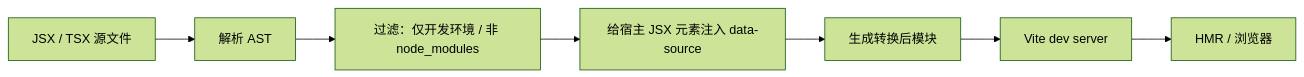
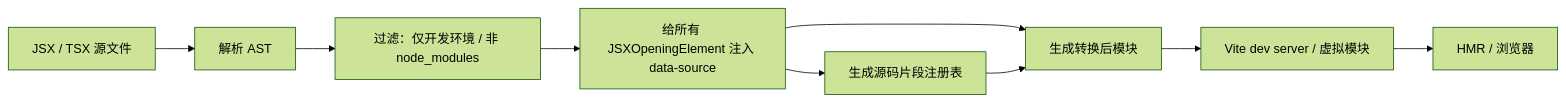
The fifth of 8 diagrams in docs/design/02.整体架构设计.md (Cai199999/vibe-app), drawn with Mermaid (forest theme) before and after one commit. The commit also changed other lines of this file, not shown here.

````diff
--- a/docs/design/02.整体架构设计.md
+++ b/docs/design/02.整体架构设计.md
@@ -323,9 +619,11 @@
 ```mermaid
 flowchart LR
     SRC["JSX / TSX 源文件"] --> PARSE["解析 AST"]
     PARSE --> FILTER["过滤：仅开发环境 / 非 node_modules"]
-    FILTER --> INJECT["给宿主 JSX 元素注入 data-source"]
+    FILTER --> INJECT["给所有 JSXOpeningElement 注入 data-source"]
+    INJECT --> REG["生成源码片段注册表"]
     INJECT --> GEN["生成转换后模块"]
-    GEN --> VITE["Vite dev server"]
+    REG --> GEN
+    GEN --> VITE["Vite dev server / 虚拟模块"]
     VITE --> HMR["HMR / 浏览器"]
 ```
````
